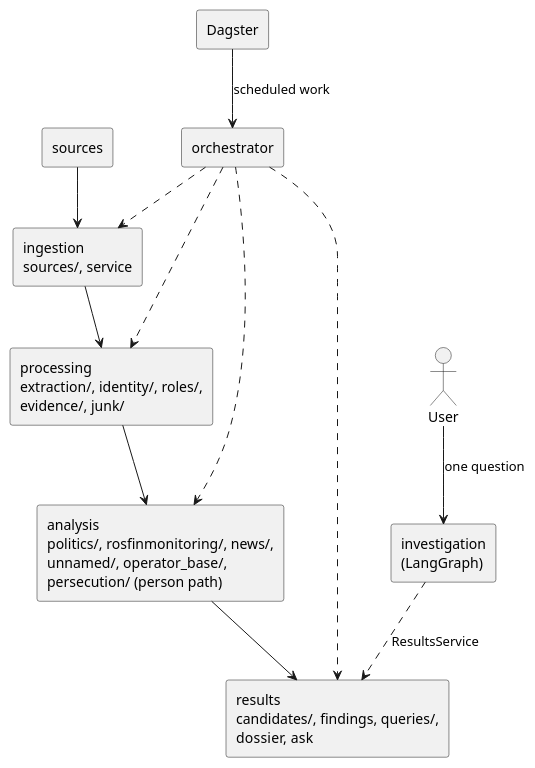
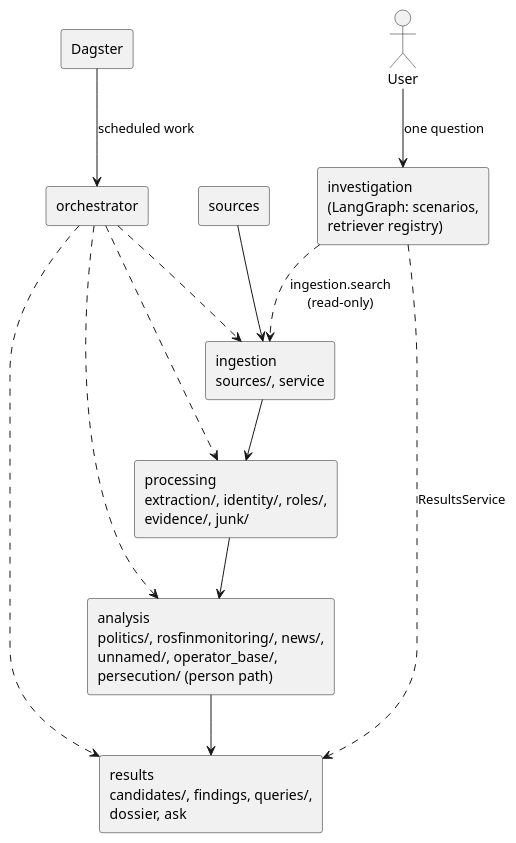
One commit to megannnn98/court-monitor changed the first of 2 diagrams in docs/architecture/modularization-plan.md. Above: the diagram before and after it, drawn with PlantUML. The commit also changed other lines of this file and 4 other files, not shown here.

````diff
--- a/docs/architecture/modularization-plan.md
+++ b/docs/architecture/modularization-plan.md
@@ -13,27 +18,28 @@
 ```plantuml
 @startuml
 skinparam componentStyle rectangle
 component sources
 component "ingestion\nsources/, service" as ingestion
 component "processing\nextraction/, identity/, roles/,\nevidence/, junk/" as processing
 component "analysis\npolitics/, rosfinmonitoring/, news/,\nunnamed/, operator_base/,\npersecution/ (person path)" as analysis
 component "results\ncandidates/, findings, queries/,\ndossier, ask" as results
 sources --> ingestion
 ingestion --> processing
 processing --> analysis
 analysis --> results
 
 component Dagster
 component orchestrator
 Dagster --> orchestrator : scheduled work
 orchestrator ..> ingestion
 orchestrator ..> processing
 orchestrator ..> analysis
 orchestrator ..> results
 
 actor User
-component "investigation\n(LangGraph)" as investigation
+component "investigation\n(LangGraph: scenarios,\nretriever registry)" as investigation
 User --> investigation : one question
 investigation ..> results : ResultsService
+investigation ..> ingestion : ingestion.search\n(read-only)
 @enduml
 ```
````
